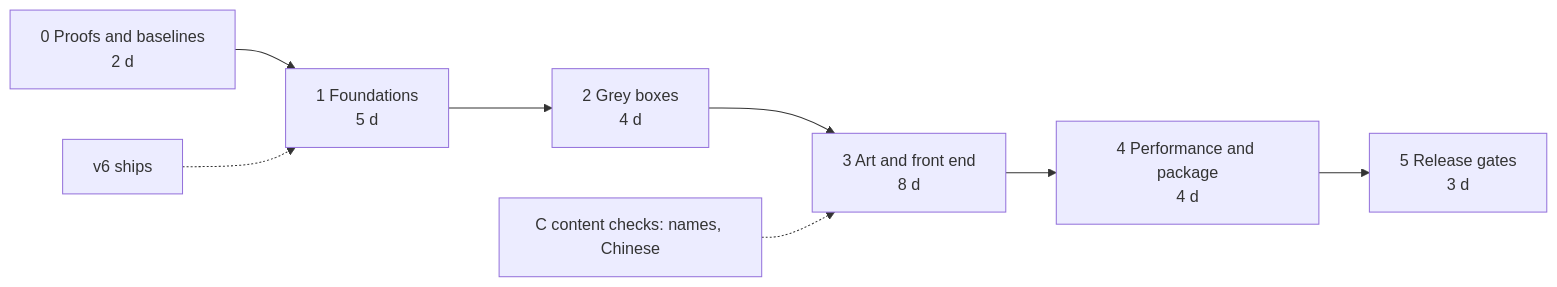
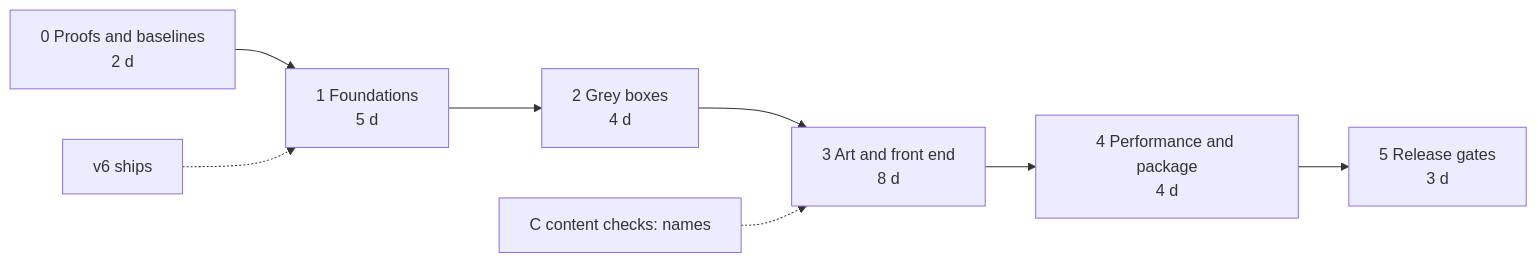
Before and after one commit to Teslalol305/MURDER-INC.: the diagram in docs/unreal/MAPS.md, drawn with Mermaid. The commit also changed other lines of this file and 3 other files, not shown here.

````diff
--- a/docs/unreal/MAPS.md
+++ b/docs/unreal/MAPS.md
@@ -115,10 +115,10 @@
 ```mermaid
 flowchart LR
   S0[0 Proofs and baselines<br/>2 d] --> S1[1 Foundations<br/>5 d]
   S1 --> S2[2 Grey boxes<br/>4 d]
   S2 --> S3[3 Art and front end<br/>8 d]
   S3 --> S4[4 Performance and package<br/>4 d]
   S4 --> S5[5 Release gates<br/>3 d]
-  C[C content checks: names, Chinese] -.-> S3
+  C[C content checks: names] -.-> S3
   V6[v6 ships] -.-> S1
 ```
````
